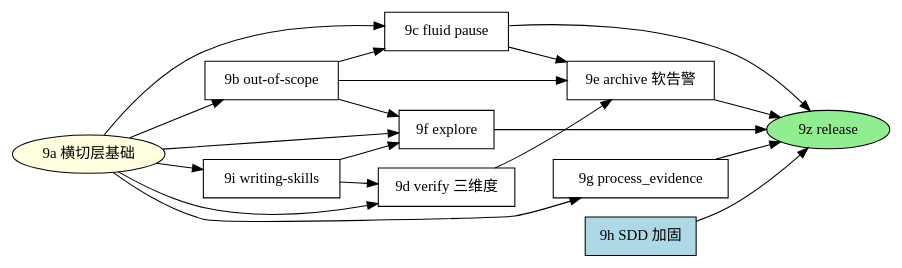
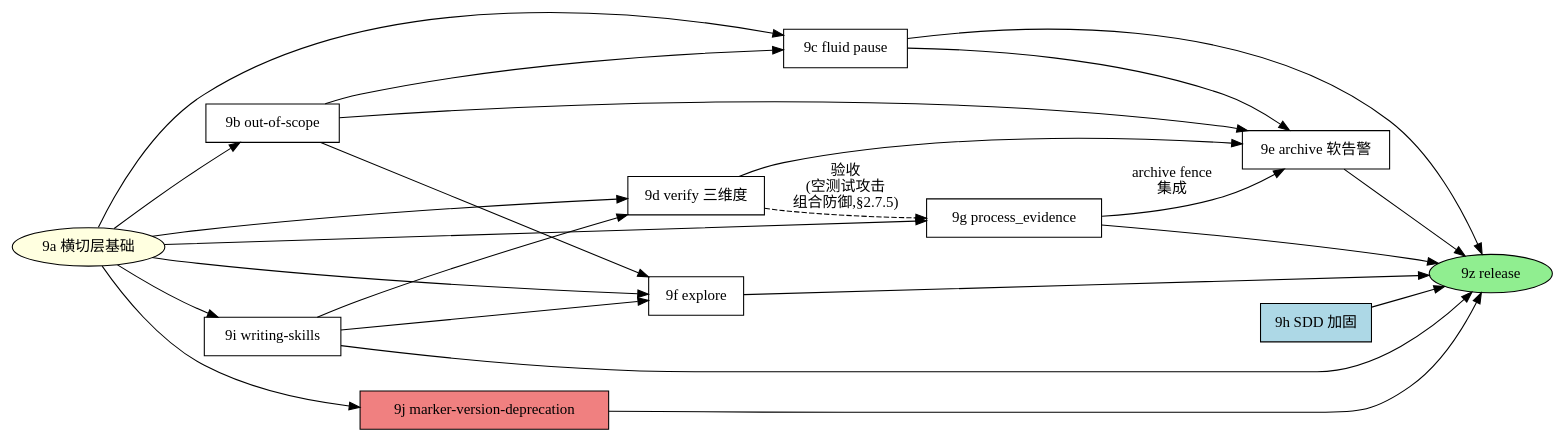
The diagram in docs/plans/2026-05-10-plan-9-v1.0-fusion-completion-master.md (Accelerator-mzq/forge), drawn with Graphviz before and after one commit. The commit also changed other lines of this file, not shown here.

````diff
--- a/docs/plans/2026-05-10-plan-9-v1.0-fusion-completion-master.md
+++ b/docs/plans/2026-05-10-plan-9-v1.0-fusion-completion-master.md
@@ -55,35 +68,41 @@
 ```dot
 digraph plan_9_deps {
     rankdir=LR;
     "9a 横切层基础" [shape=ellipse style=filled fillcolor=lightyellow];
     "9b out-of-scope" [shape=box];
     "9c fluid pause" [shape=box];
     "9d verify 三维度" [shape=box];
     "9e archive 软告警" [shape=box];
     "9f explore" [shape=box];
     "9g process_evidence" [shape=box];
     "9h SDD 加固" [shape=box style=filled fillcolor=lightblue];
     "9i writing-skills" [shape=box];
+    "9j marker-version-deprecation" [shape=box style=filled fillcolor=lightcoral];
     "9z release" [shape=ellipse style=filled fillcolor=lightgreen];
 
     "9a 横切层基础" -> "9b out-of-scope";
     "9a 横切层基础" -> "9c fluid pause";
     "9a 横切层基础" -> "9d verify 三维度";
     "9a 横切层基础" -> "9f explore";
     "9a 横切层基础" -> "9g process_evidence";
     "9a 横切层基础" -> "9i writing-skills";
+    "9a 横切层基础" -> "9j marker-version-deprecation";
     "9b out-of-scope" -> "9c fluid pause";
     "9b out-of-scope" -> "9e archive 软告警";
     "9b out-of-scope" -> "9f explore";
     "9c fluid pause" -> "9e archive 软告警";
     "9d verify 三维度" -> "9e archive 软告警";
+    "9d verify 三维度" -> "9g process_evidence" [label="验收\n(空测试攻击\n组合防御,§2.7.5)" style=dashed];
+    "9g process_evidence" -> "9e archive 软告警" [label="archive fence\n集成"];
     "9i writing-skills" -> "9d verify 三维度";
     "9i writing-skills" -> "9f explore";
 
     "9c fluid pause" -> "9z release";
     "9e archive 软告警" -> "9z release";
     "9f explore" -> "9z release";
     "9g process_evidence" -> "9z release";
     "9h SDD 加固" -> "9z release";
+    "9i writing-skills" -> "9z release";
+    "9j marker-version-deprecation" -> "9z release";
 }
 ```
````
